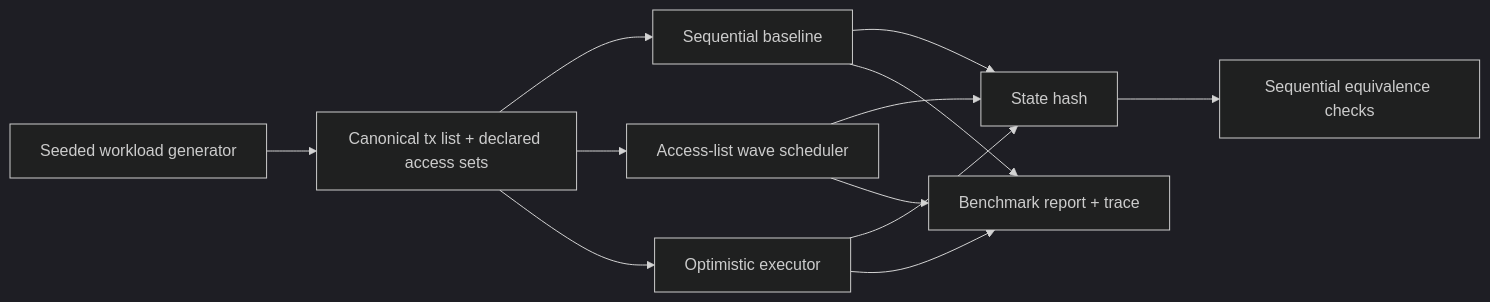
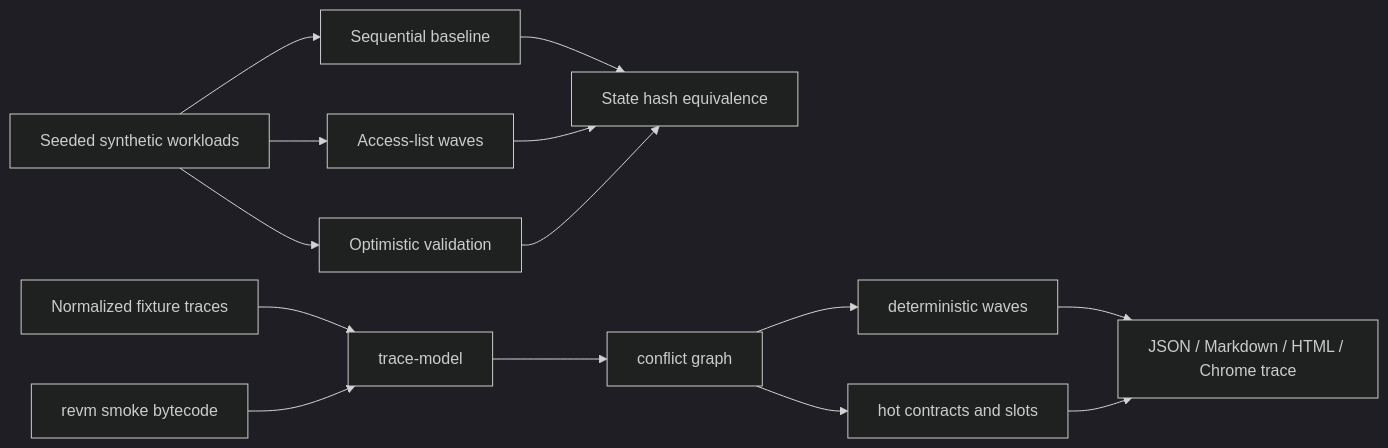
The diagram in README.md (CruzMolina/parallel-revm-lab), drawn with Mermaid (dark theme) before and after one commit. The commit also changed other lines of this file and 32 other files, not shown here.

Commit message:
Add deterministic EVM trace analyzer

````diff
--- a/README.md
+++ b/README.md
@@ -79,14 +109,17 @@
 ```mermaid
 flowchart LR
-    W["Seeded workload generator"] --> T["Canonical tx list + declared access sets"]
-    T --> S["Sequential baseline"]
-    T --> A["Access-list wave scheduler"]
-    T --> O["Optimistic executor"]
-    S --> H["State hash"]
+    W["Seeded synthetic workloads"] --> S["Sequential baseline"]
+    W --> A["Access-list waves"]
+    W --> O["Optimistic validation"]
+    S --> H["State hash equivalence"]
     A --> H
     O --> H
-    H --> V["Sequential equivalence checks"]
-    A --> R["Benchmark report + trace"]
-    O --> R
-    S --> R
+
+    F["Normalized fixture traces"] --> M["trace-model"]
+    R["revm smoke bytecode"] --> M
+    M --> G["conflict graph"]
+    G --> V["deterministic waves"]
+    G --> P["hot contracts and slots"]
+    V --> Q["JSON / Markdown / HTML / Chrome trace"]
+    P --> Q
 ```
````
